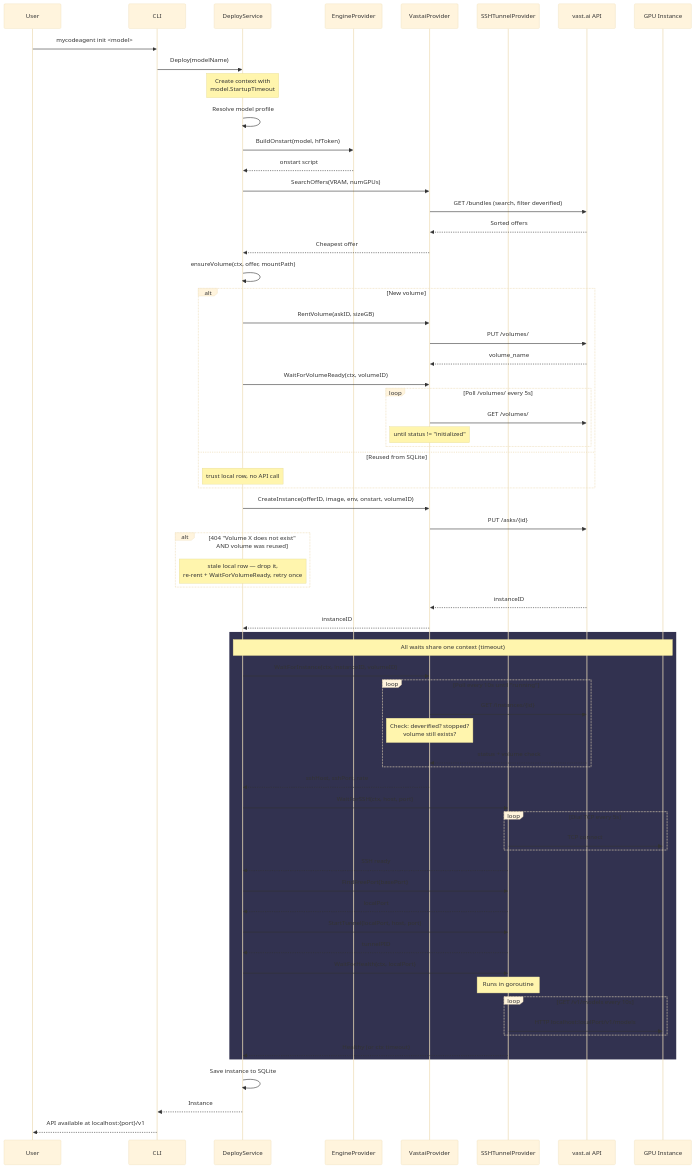
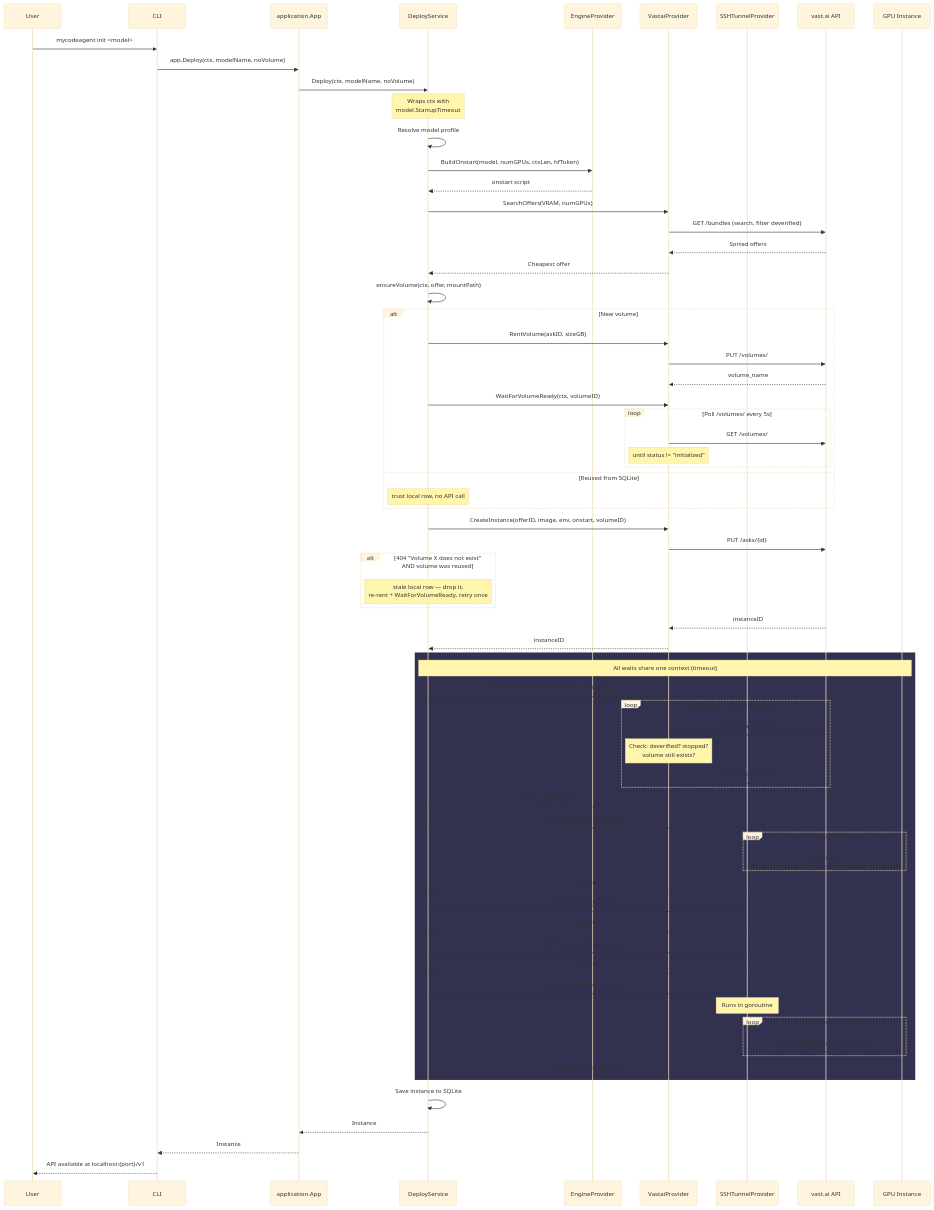
The second of 7 diagrams in docs/Solution.md (WWTLF/mycodeagent), drawn with Mermaid (base theme) before and after one commit. The commit also changed other lines of this file and 33 other files, not shown here.

````diff
--- a/docs/Solution.md
+++ b/docs/Solution.md
@@ -66,79 +218,82 @@
 ```mermaid
 sequenceDiagram
     participant User
     participant CLI
+    participant App as application.App
     participant DeployService
     participant EngineProvider
     participant VastaiProvider
     participant SSHTunnelProvider
     participant VastAI as vast.ai API
     participant Remote as GPU Instance
 
     User->>CLI: mycodeagent init <model>
-    CLI->>DeployService: Deploy(modelName)
+    CLI->>App: app.Deploy(ctx, modelName, noVolume)
+    App->>DeployService: Deploy(ctx, modelName, noVolume)
 
-    Note over DeployService: Create context with<br/>model.StartupTimeout
+    Note over DeployService: Wraps ctx with<br/>model.StartupTimeout
 
     DeployService->>DeployService: Resolve model profile
-    DeployService->>EngineProvider: BuildOnstart(model, hfToken)
+    DeployService->>EngineProvider: BuildOnstart(model, numGPUs, ctxLen, hfToken)
     EngineProvider-->>DeployService: onstart script
     DeployService->>VastaiProvider: SearchOffers(VRAM, numGPUs)
     VastaiProvider->>VastAI: GET /bundles (search, filter deverified)
     VastAI-->>VastaiProvider: Sorted offers
     VastaiProvider-->>DeployService: Cheapest offer
 
     DeployService->>DeployService: ensureVolume(ctx, offer, mountPath)
     alt New volume
         DeployService->>VastaiProvider: RentVolume(askID, sizeGB)
         VastaiProvider->>VastAI: PUT /volumes/
         VastAI-->>VastaiProvider: volume_name
         DeployService->>VastaiProvider: WaitForVolumeReady(ctx, volumeID)
         loop Poll /volumes/ every 5s
             VastaiProvider->>VastAI: GET /volumes/
             Note over VastaiProvider: until status != "initialized"
         end
     else Reused from SQLite
         Note over DeployService: trust local row, no API call
     end
     DeployService->>VastaiProvider: CreateInstance(offerID, image, env, onstart, volumeID)
     VastaiProvider->>VastAI: PUT /asks/{id}
     alt 404 "Volume X does not exist" AND volume was reused
         Note over DeployService: stale local row — drop it,<br/>re-rent + WaitForVolumeReady, retry once
     end
     VastAI-->>VastaiProvider: instanceID
     VastaiProvider-->>DeployService: instanceID
 
     rect rgb(50, 50, 80)
         Note over DeployService,Remote: All waits share one context (timeout)
         DeployService->>VastaiProvider: WaitForInstance(ctx, instanceID, volumeID)
         loop Poll every 10s until "running"
             VastaiProvider->>VastAI: GET /instances/{id}
             Note over VastaiProvider: Check: deverified? stopped?<br/>volume still exists?
             VastAI-->>VastaiProvider: status + volume check
         end
         VastaiProvider-->>DeployService: sshHost, sshPort, rate
 
         DeployService->>SSHTunnelProvider: WaitForSSH(ctx, host, port)
         loop Dial TCP every 5s
             SSHTunnelProvider->>Remote: TCP connect
         end
         SSHTunnelProvider-->>DeployService: SSH ready
 
         DeployService->>SSHTunnelProvider: FindFreePort(basePort)
         SSHTunnelProvider-->>DeployService: localPort
 
         DeployService->>SSHTunnelProvider: StartTunnel(localPort, host, port)
         SSHTunnelProvider-->>DeployService: tunnelPID
 
         DeployService->>SSHTunnelProvider: WaitForHealth(ctx, localPort)
         Note over SSHTunnelProvider: Runs in goroutine
         loop GET /v1/models every 10s
             SSHTunnelProvider->>Remote: HTTP localhost:localPort/v1/models
         end
         SSHTunnelProvider-->>DeployService: Healthy (or ctx timeout)
     end
 
     DeployService->>DeployService: Save instance to SQLite
-    DeployService-->>CLI: Instance
+    DeployService-->>App: Instance
+    App-->>CLI: Instance
     CLI-->>User: API available at localhost:{port}/v1
 ```
````
